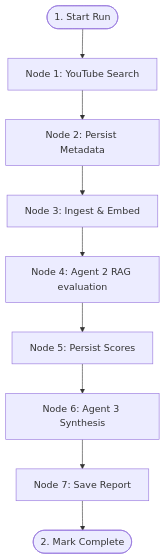
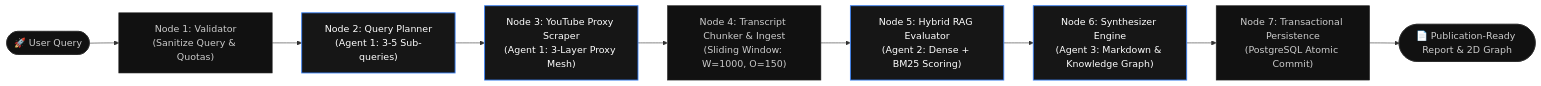
The second of 4 diagrams in backend/README.md (saketjha34/ResearchTube), drawn with Mermaid before and after one commit. The commit also changed other lines of this file and 7 other files, not shown here.

````diff
--- a/backend/README.md
+++ b/backend/README.md
@@ -196,11 +253,16 @@
 ```mermaid
-graph TD
-    Start([1. Start Run]) --> N1[Node 1: YouTube Search]
-    N1 --> N2[Node 2: Persist Metadata]
-    N2 --> N3[Node 3: Ingest & Embed]
-    N3 --> N4[Node 4: Agent 2 RAG evaluation]
-    N4 --> N5[Node 5: Persist Scores]
-    N5 --> N6[Node 6: Agent 3 Synthesis]
-    N6 --> N7[Node 7: Save Report]
-    N7 --> End([2. Mark Complete])
+flowchart LR
+    Start([🚀 User Query]) --> N1["Node 1: Validator\n(Sanitize Query & Quotas)"]
+    N1 --> N2["Node 2: Query Planner\n(Agent 1: 3-5 Sub-queries)"]
+    N2 --> N3["Node 3: YouTube Proxy Scraper\n(Agent 1: 3-Layer Proxy Mesh)"]
+    N3 --> N4["Node 4: Transcript Chunker & Ingest\n(Sliding Window: W=1000, O=150)"]
+    N4 --> N5["Node 5: Hybrid RAG Evaluator\n(Agent 2: Dense + BM25 Scoring)"]
+    N5 --> N6["Node 6: Synthesizer Engine\n(Agent 3: Markdown & Knowledge Graph)"]
+    N6 --> N7["Node 7: Transactional Persistence\n(PostgreSQL Atomic Commit)"]
+    N7 --> End([📄 Publication-Ready Report & 2D Graph])
+
+    classDef agent fill:#161616,stroke:#3b82f6,stroke-width:1.5px,color:#ffffff;
+    classDef node fill:#111111,stroke:#262626,stroke-width:1px,color:#cccccc;
+    class N2,N3,N5,N6 agent;
+    class N1,N4,N7 node;
 ```
````
